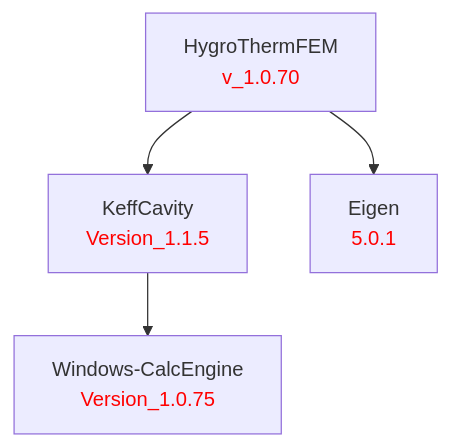
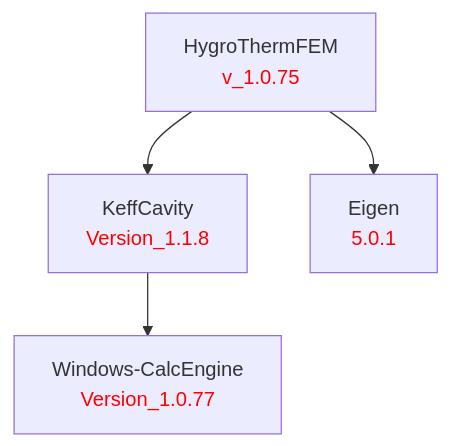
The diagram in doc/HygroThermFEM.md (LBNL-ETA/HygroThermFEM), drawn with Mermaid before and after one commit. The commit also changed 1 other file, not shown here.

Commit message:
Bump to v_1.0.75; KeffCavity Version_1.1.5 -> Version_1.1.8

````diff
--- a/doc/HygroThermFEM.md
+++ b/doc/HygroThermFEM.md
@@ -1,13 +1,13 @@
 ```mermaid
 graph TD
     %% Package definitions
-    HygroThermFEM[HygroThermFEM<br/><font color='red'>v_1.0.70</font>]
-    KeffCavity[KeffCavity<br/><font color='red'>Version_1.1.5</font>]
+    HygroThermFEM[HygroThermFEM<br/><font color='red'>v_1.0.75</font>]
+    KeffCavity[KeffCavity<br/><font color='red'>Version_1.1.8</font>]
     Eigen[Eigen<br/><font color='red'>5.0.1</font>]
-    WindowsCalcEngine[Windows-CalcEngine<br/><font color='red'>Version_1.0.75</font>]
+    WindowsCalcEngine[Windows-CalcEngine<br/><font color='red'>Version_1.0.77</font>]
 
     %% Package relations
     HygroThermFEM --> KeffCavity
     HygroThermFEM --> Eigen
     KeffCavity --> WindowsCalcEngine
 ```
````
